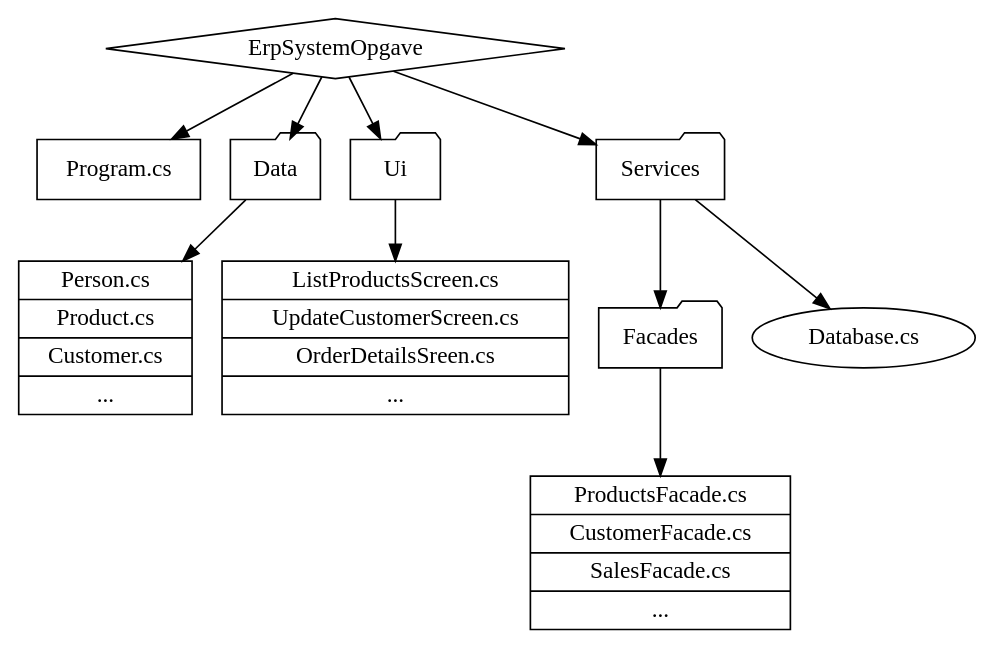
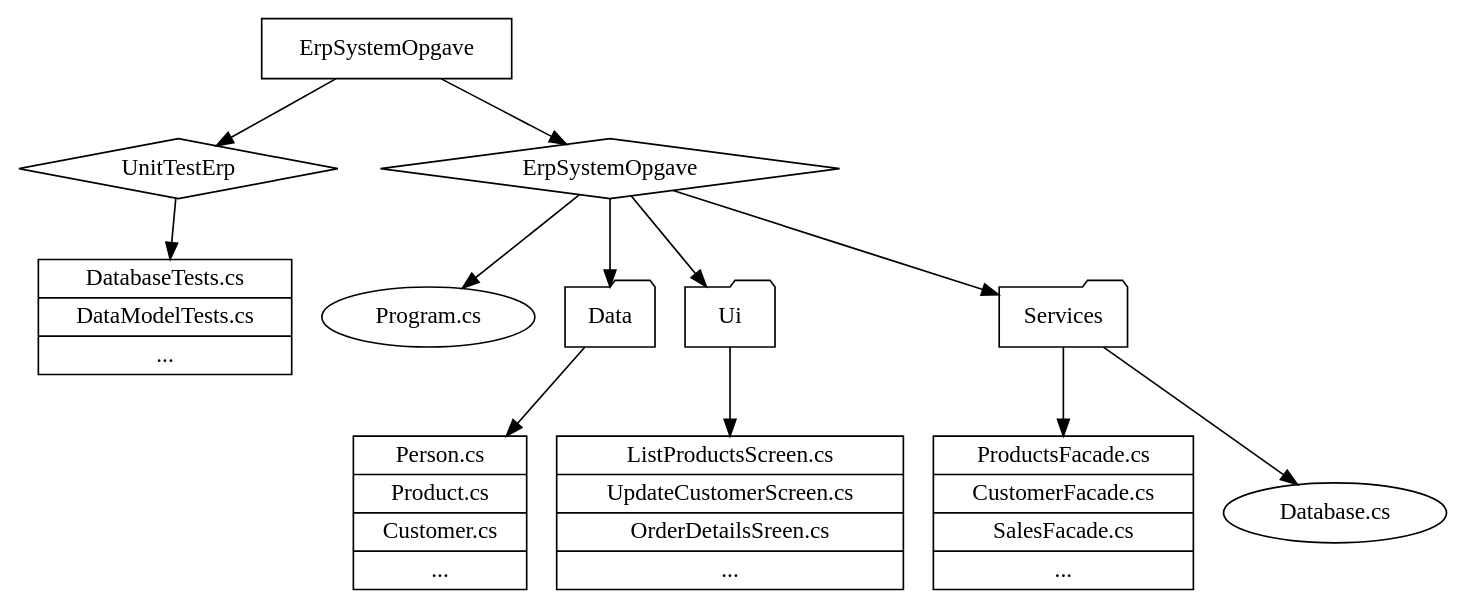
The diagram in structure.dot (AlienNotFound/erp-system-opgave), drawn with Graphviz before and after one commit.

Commit message:
update project diagram

```diff
--- a/structure.dot
+++ b/structure.dot
@@ -1,26 +1,25 @@
 digraph{
-    root [label = "ErpSystemOpgave", shape="diamond"]
-    main [label = "Program.cs", shape="record"]
+    root [label = "ErpSystemOpgave", shape="box"]
+    testproject [label = "UnitTestErp", shape="diamond"]
+
+    tests [label="{DatabaseTests.cs | DataModelTests.cs | ...}", shape="record"]
+    root -> testproject -> tests
+
+
+    root -> project -> "Program.cs"
+    project [label = "ErpSystemOpgave", shape="diamond"]
     data [label = "Data", shape="folder"]
     ui   [label = "Ui", shape="folder"]
     serv [label = "Services", shape="folder"]
     
-    view [label = "Facades", shape="folder"]
-
     records [label="{Person.cs | Product.cs | Customer.cs | ... }", shape="record"]
     screens [label="{ListProductsScreen.cs | UpdateCustomerScreen.cs | OrderDetailsSreen.cs | ... }", shape="record"]
     facades [label="{ProductsFacade.cs | CustomerFacade.cs | SalesFacade.cs | ... }", shape="record"]
 
-    root -> main
-    root -> data
-    root -> ui
-    root -> serv
+    project -> data -> records
+    project -> ui -> screens
+    project -> serv -> facades
 
     serv -> "Database.cs"
-    serv -> view
-    view -> facades
-
-    data -> records
-    ui -> screens
 
 }
```
